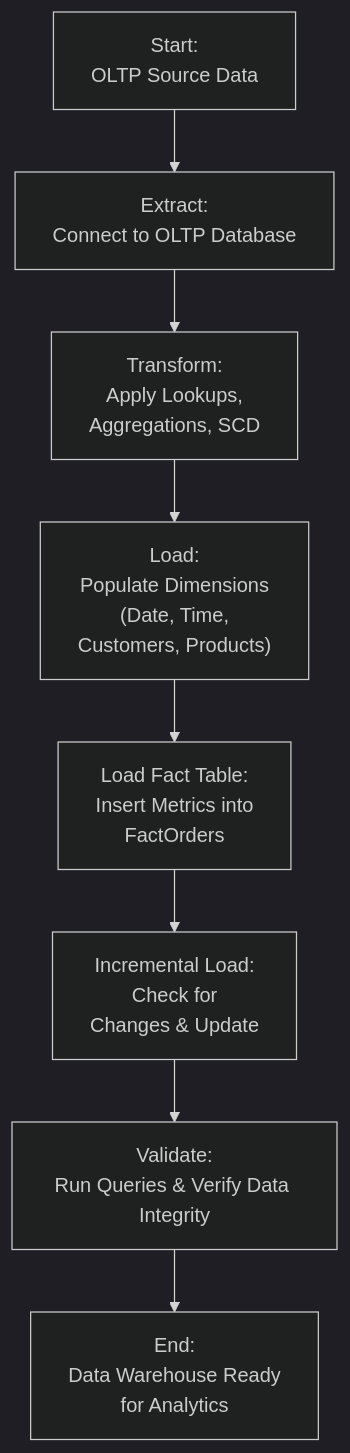
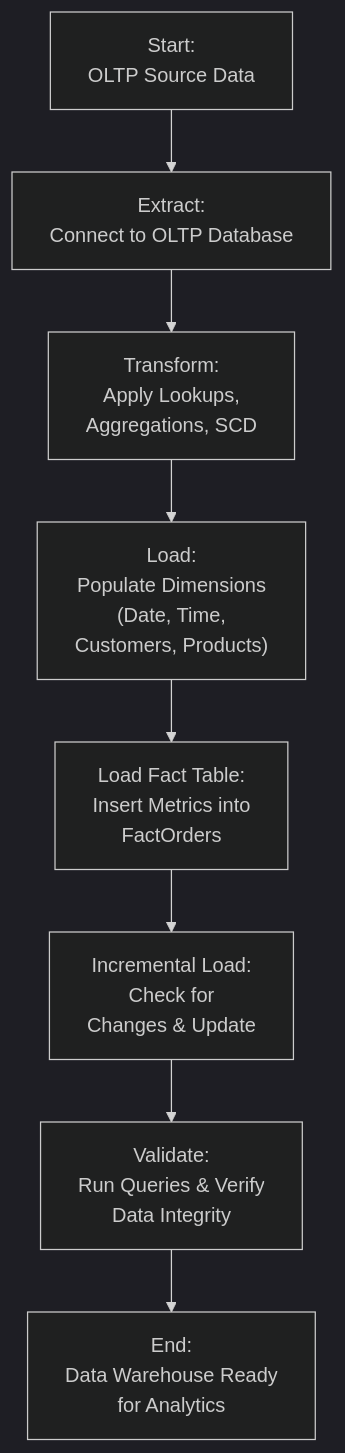
One commit to honda003/Sales-Data-Warehouse-ETL changed the diagram in README.md. Above: the diagram before and after it, drawn with Mermaid (dark theme).

````diff
--- a/README.md
+++ b/README.md
@@ -88,12 +88,12 @@
 ```mermaid
 graph TD;
     A["Start:<br/>OLTP Source Data"] --> B["Extract:<br/>Connect to OLTP Database"];
     B --> C["Transform:<br/>Apply Lookups, <br/> Aggregations, SCD"];
     C --> D["Load:<br/>Populate Dimensions<br/>(Date, Time, <br/> Customers, Products)"];
     D --> E["Load Fact Table:<br/>Insert Metrics into <br/> FactOrders"];
     E --> F["Incremental Load:<br/>Check for <br/> Changes & Update"];
-    F --> G["Validate:<br/>Run Queries & Verify Data Integrity"];
+    F --> G["Validate:<br/>Run Queries & Verify <br/> Data Integrity"];
     G --> H["End:<br/>Data Warehouse Ready <br/> for Analytics"];
 
 
 ```
````
